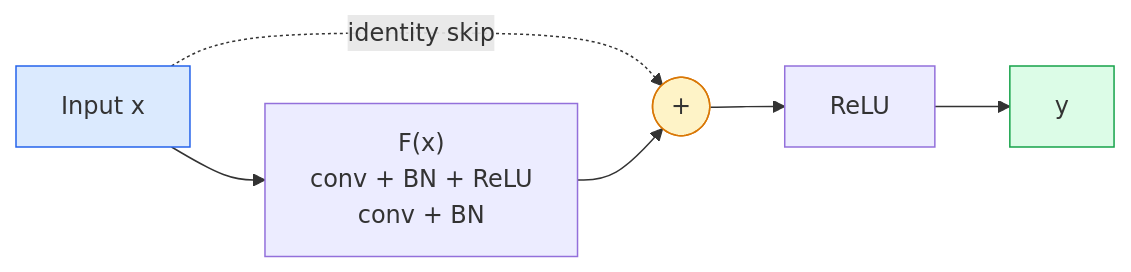
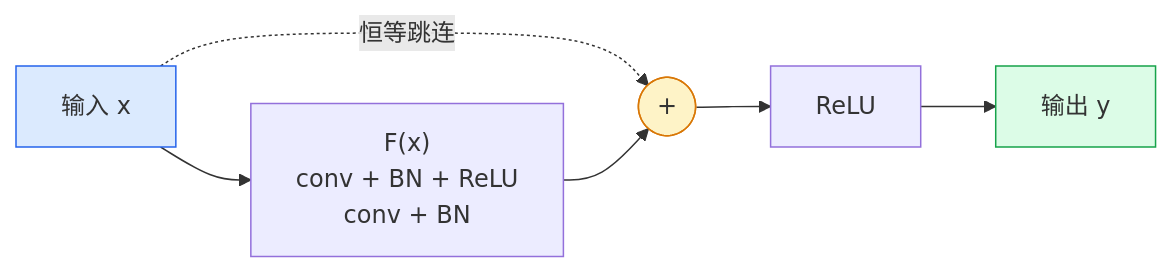
One commit to guangningsun/ailearning changed the third of 3 diagrams in lessons/04-computer-vision/03-cnns-lenet-to-resnet/docs/zh.md. Above: the diagram before and after it, drawn with Mermaid. The commit also changed other lines of this file and 29 other files, not shown here.

````diff
--- a/lessons/04-computer-vision/03-cnns-lenet-to-resnet/docs/zh.md
+++ b/lessons/04-computer-vision/03-cnns-lenet-to-resnet/docs/zh.md
@@ -130,12 +130,12 @@
 ```mermaid
 flowchart LR
-    X["Input x"] --> F["F(x)<br/>conv + BN + ReLU<br/>conv + BN"]
-    X -.->|identity skip| PLUS(["+"])
+    X["输入 x"] --> F["F(x)<br/>conv + BN + ReLU<br/>conv + BN"]
+    X -.->|恒等跳连| PLUS(["+"])
     F --> PLUS
     PLUS --> RELU["ReLU"]
-    RELU --> OUT["y"]
+    RELU --> OUT["输出 y"]
 
     style X fill:#dbeafe,stroke:#2563eb
     style PLUS fill:#fef3c7,stroke:#d97706
     style OUT fill:#dcfce7,stroke:#16a34a
 ```
````
